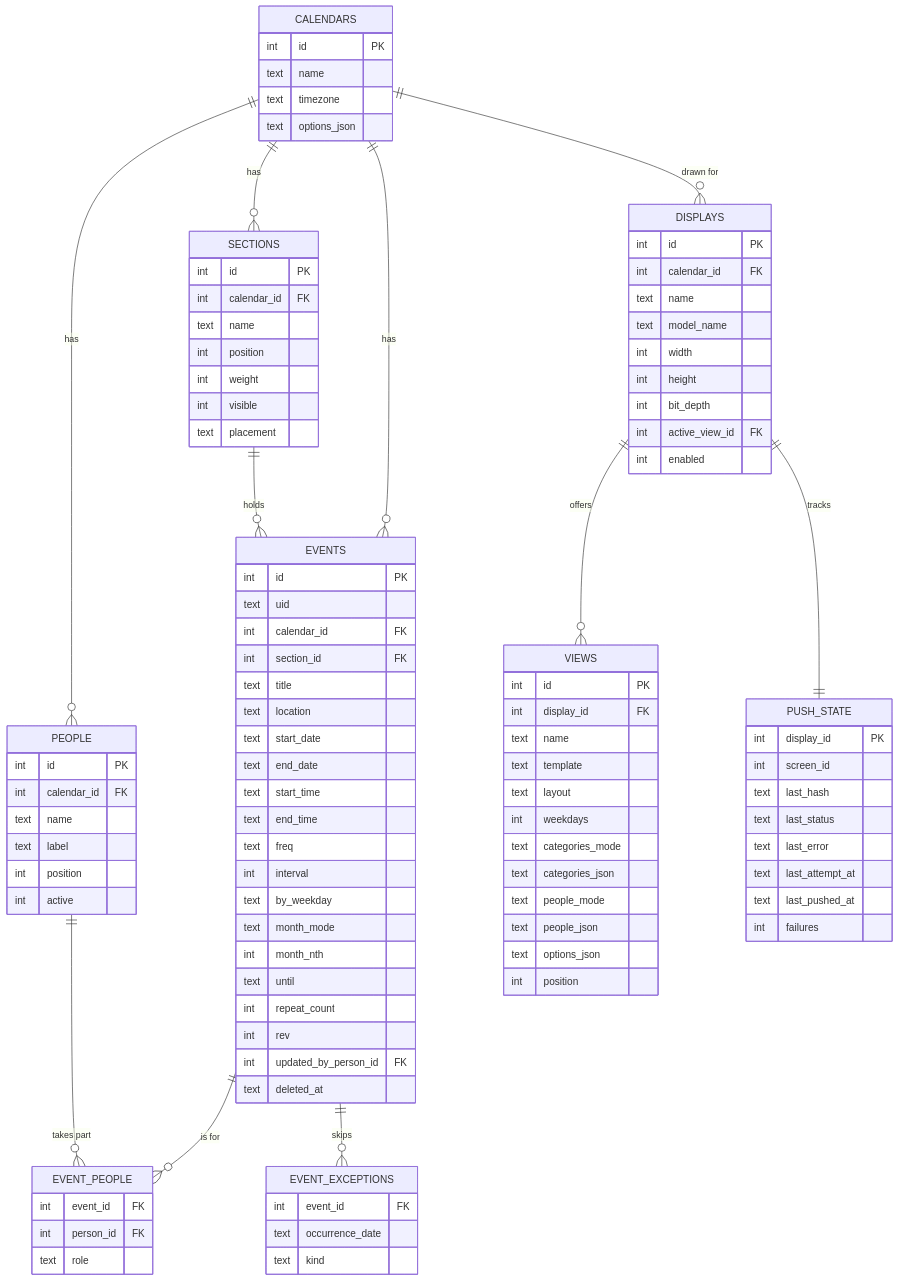
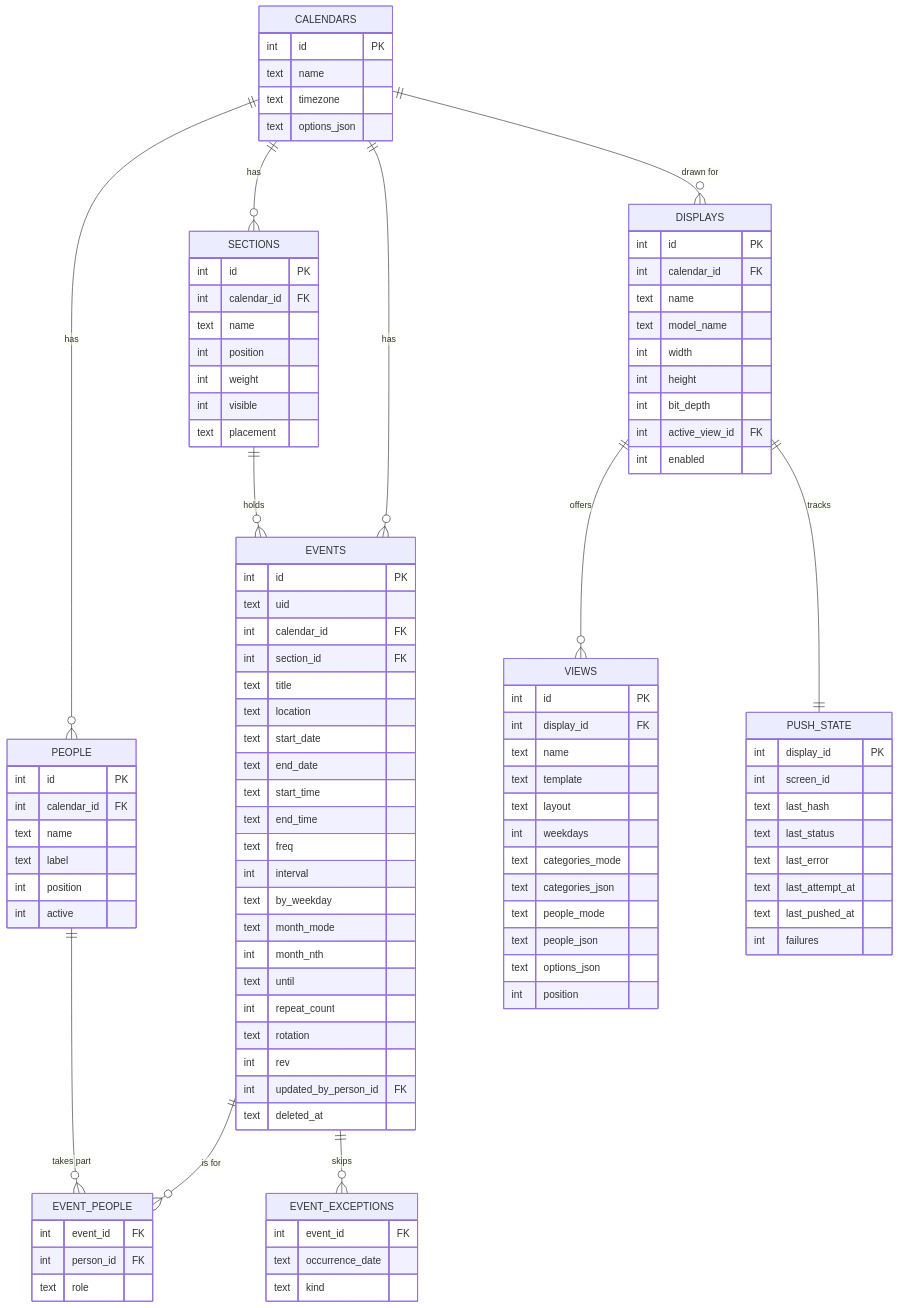
Before and after one commit to sirvishal-homelab/homelab: the diagram in trmnl-calendar/docs/03-data-model.md, drawn with Mermaid. The commit also changed other lines of this file and 28 other files, not shown here.

```diff
--- a/trmnl-calendar/docs/03-data-model.md
+++ b/trmnl-calendar/docs/03-data-model.md
@@ -67,6 +67,7 @@
     int month_nth
     text until
     int repeat_count
+    text rotation
     int rev
     int updated_by_person_id FK
     text deleted_at
```
